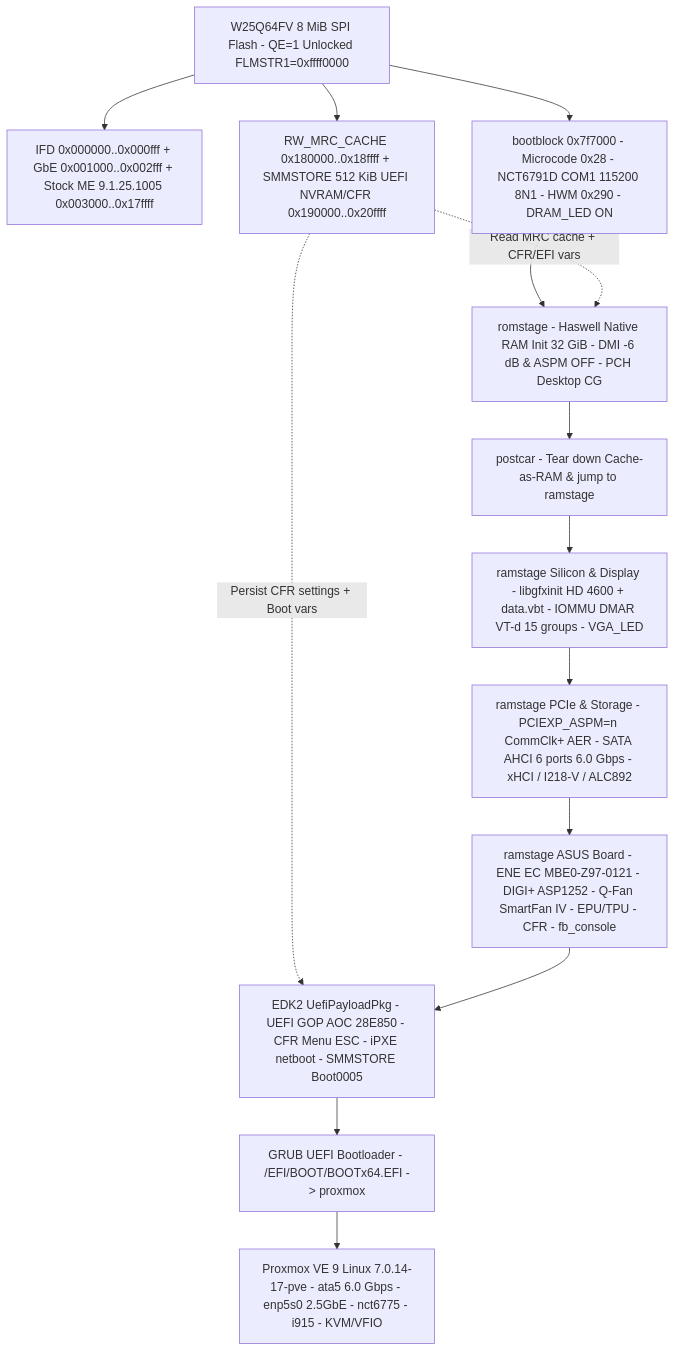
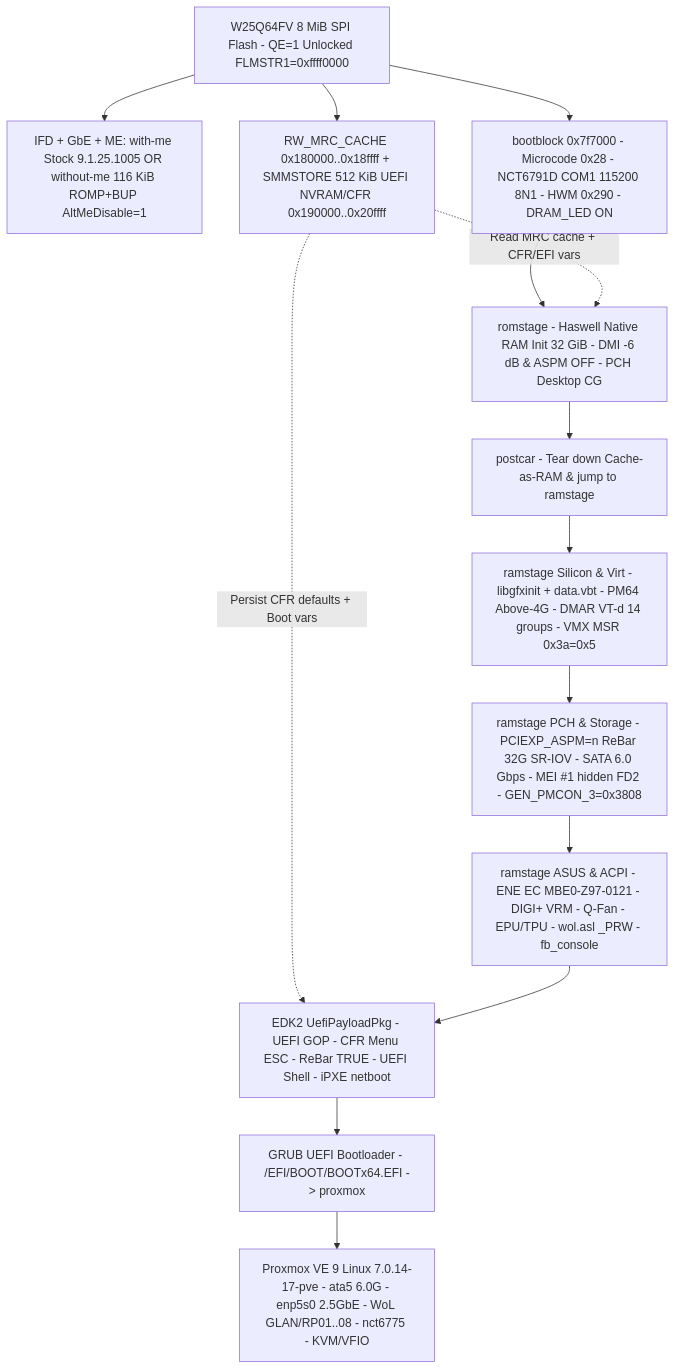
The first of 3 diagrams in docs/COREBOOT-HW-SW-FLOW.md (SanjayRavindran/asus-z97-a-coreboot), drawn with Mermaid before and after one commit. The commit also changed other lines of this file and 9 other files, not shown here.

Commit message:
docs,skills: add hardware-to-software flowcharts and update docs/skills for v0.16 / v26.09-r2

````diff
--- a/docs/COREBOOT-HW-SW-FLOW.md
+++ b/docs/COREBOOT-HW-SW-FLOW.md
@@ -12,29 +13,29 @@
 ```mermaid
 flowchart TD
     SPI["W25Q64FV 8 MiB SPI Flash - QE=1 Unlocked FLMSTR1=0xffff0000"]
-    IFD["IFD 0x000000..0x000fff + GbE 0x001000..0x002fff + Stock ME 9.1.25.1005 0x003000..0x17ffff"]
+    IFD["IFD + GbE + ME: with-me Stock 9.1.25.1005 OR without-me 116 KiB ROMP+BUP AltMeDisable=1"]
     NVRAM["RW_MRC_CACHE 0x180000..0x18ffff + SMMSTORE 512 KiB UEFI NVRAM/CFR 0x190000..0x20ffff"]
     BB["bootblock 0x7f7000 - Microcode 0x28 - NCT6791D COM1 115200 8N1 - HWM 0x290 - DRAM_LED ON"]
     RS["romstage - Haswell Native RAM Init 32 GiB - DMI -6 dB & ASPM OFF - PCH Desktop CG"]
     PC["postcar - Tear down Cache-as-RAM & jump to ramstage"]
-    RAM1["ramstage Silicon & Display - libgfxinit HD 4600 + data.vbt - IOMMU DMAR VT-d 15 groups - VGA_LED"]
-    RAM2["ramstage PCIe & Storage - PCIEXP_ASPM=n CommClk+ AER - SATA AHCI 6 ports 6.0 Gbps - xHCI / I218-V / ALC892"]
-    RAM3["ramstage ASUS Board - ENE EC MBE0-Z97-0121 - DIGI+ ASP1252 - Q-Fan SmartFan IV - EPU/TPU - CFR - fb_console"]
-    EDK2["EDK2 UefiPayloadPkg - UEFI GOP AOC 28E850 - CFR Menu ESC - iPXE netboot - SMMSTORE Boot0005"]
+    RAM1["ramstage Silicon & Virt - libgfxinit + data.vbt - PM64 Above-4G - DMAR VT-d 14 groups - VMX MSR 0x3a=0x5"]
+    RAM2["ramstage PCH & Storage - PCIEXP_ASPM=n ReBar 32G SR-IOV - SATA 6.0 Gbps - MEI #1 hidden FD2 - GEN_PMCON_3=0x3808"]
+    RAM3["ramstage ASUS & ACPI - ENE EC MBE0-Z97-0121 - DIGI+ VRM - Q-Fan - EPU/TPU - wol.asl _PRW - fb_console"]
+    EDK2["EDK2 UefiPayloadPkg - UEFI GOP - CFR Menu ESC - ReBar TRUE - UEFI Shell - iPXE netboot"]
     GRUB["GRUB UEFI Bootloader - /EFI/BOOT/BOOTx64.EFI -> proxmox"]
-    OS["Proxmox VE 9 Linux 7.0.14-17-pve - ata5 6.0 Gbps - enp5s0 2.5GbE - nct6775 - i915 - KVM/VFIO"]
+    OS["Proxmox VE 9 Linux 7.0.14-17-pve - ata5 6.0G - enp5s0 2.5GbE - WoL GLAN/RP01..08 - nct6775 - KVM/VFIO"]
 
     SPI --> IFD
     SPI --> NVRAM
     SPI --> BB
     BB --> RS
     RS --> PC
     PC --> RAM1
     RAM1 --> RAM2
     RAM2 --> RAM3
     NVRAM -. "Read MRC cache + CFR/EFI vars" .-> RS
-    NVRAM -. "Persist CFR settings + Boot vars" .-> EDK2
+    NVRAM -. "Persist CFR defaults + Boot vars" .-> EDK2
     RAM3 --> EDK2
     EDK2 --> GRUB
     GRUB --> OS
 ```
````
